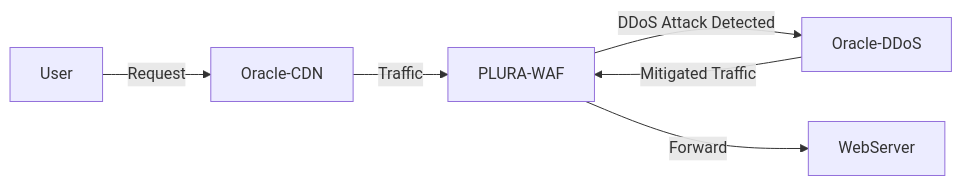
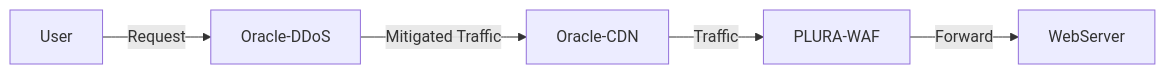
One commit to qubitsec/plura changed the second of 2 diagrams in xdr/diagram/xWAF.md. Above: the diagram before and after it, drawn with Mermaid.

````diff
--- a/xdr/diagram/xWAF.md
+++ b/xdr/diagram/xWAF.md
@@ -49,8 +49,7 @@
 ```mermaid
 graph LR
-    User -->|Request| Oracle-CDN
+    User -->|Request| Oracle-DDoS
+    Oracle-DDoS -->|Mitigated Traffic| Oracle-CDN
     Oracle-CDN -->|Traffic| PLURA-WAF
-    PLURA-WAF -- DDoS Attack Detected --> Oracle-DDoS
-    Oracle-DDoS -->|Mitigated Traffic| PLURA-WAF
     PLURA-WAF -->|Forward| WebServer
 ```
````
